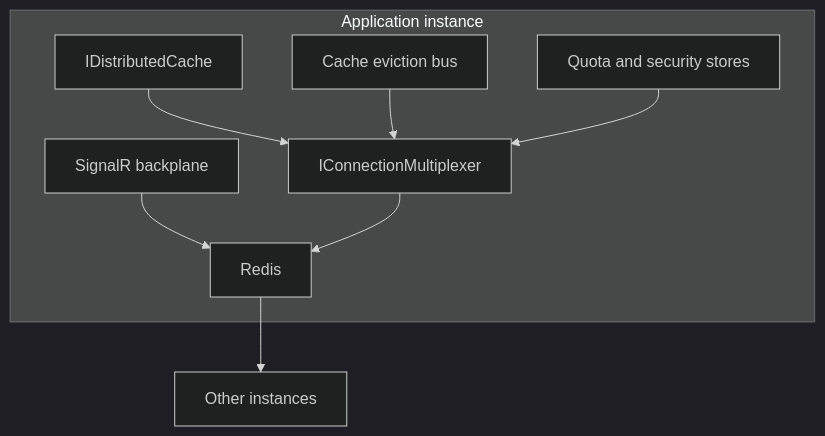
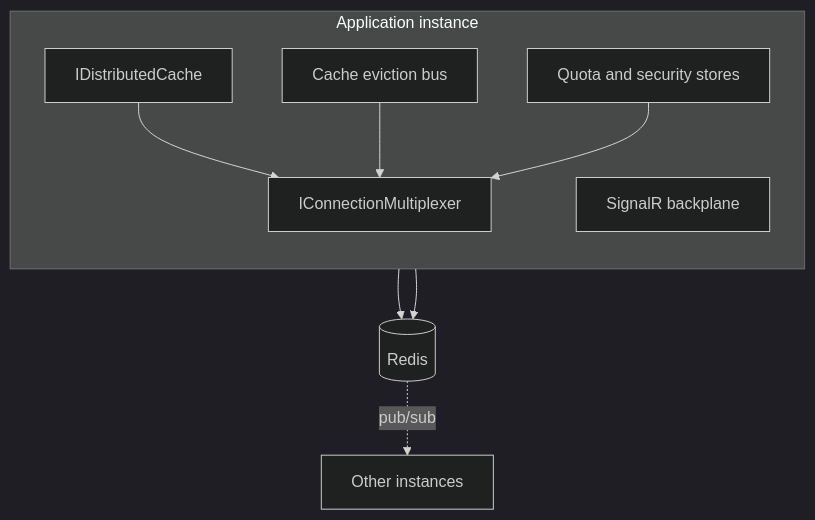
One commit to mhasabalah/StarterKit changed the diagram in wiki/Infrastructure/Redis.md. Above: the diagram before and after it, drawn with Mermaid (dark theme). The commit also changed 152 other files, not shown here.

Commit message:
feat(docs): add Fumadocs V2 and standardize diagrams

````diff
--- a/wiki/Infrastructure/Redis.md
+++ b/wiki/Infrastructure/Redis.md
@@ -24,11 +24,19 @@
 ```mermaid
 flowchart TB
+  accTitle: How it works
+  accDescr: Shared cache and coordination consumers use Redis; the SignalR integration also distributes sends between instances.
   subgraph Application[Application instance]
+    direction TB
     C[IDistributedCache] --> M[IConnectionMultiplexer]
     E[Cache eviction bus] --> M
     Q[Quota and security stores] --> M
-    B[SignalR backplane] --> R[Redis]
+    B[SignalR backplane]
   end
+  R[(Redis)]
+  B --> R
   M --> R
-  R --> O[Other instances]
+  R -.->|pub/sub| O[Other instances]
+  class C,E,Q application
+  class M,B,O infrastructure
+  class R data
 ```
````
